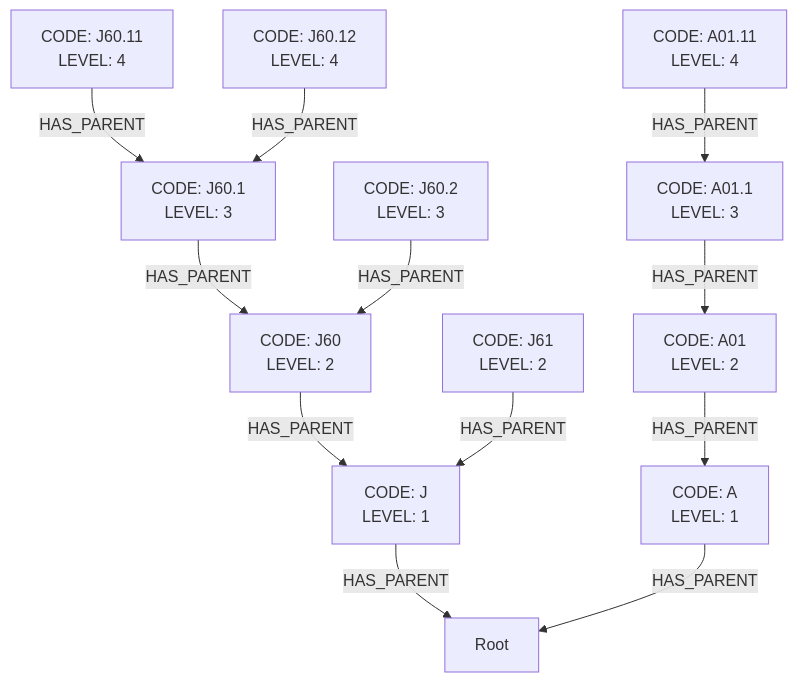
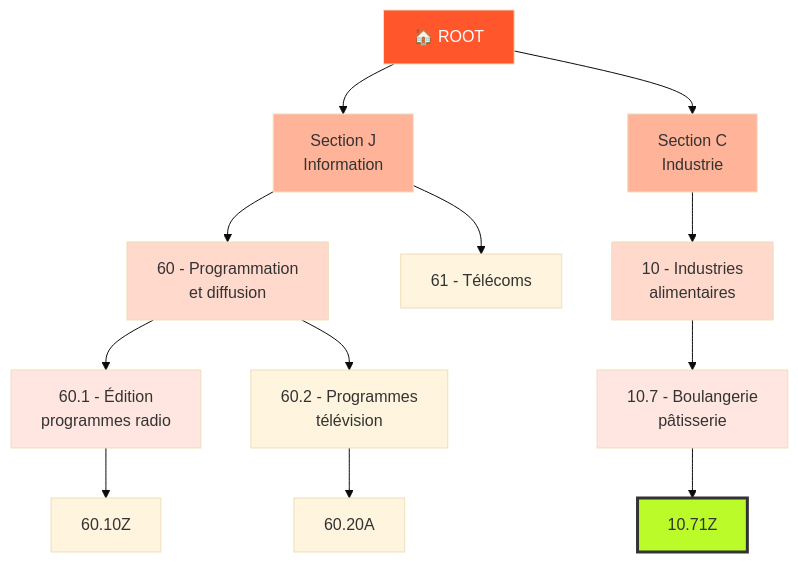
Before and after one commit to InseeFrLab/GRAAL: the third of 8 diagrams in src/presentation/template/template.qmd, drawn with Mermaid. The commit also changed other lines of this file, not shown here.

````diff
--- a/src/presentation/template/template.qmd
+++ b/src/presentation/template/template.qmd
@@ -173,40 +288,41 @@
 ```{mermaid}
+%%{init: {'theme':'base'}}%%
 graph TD
-  ROOT["Root"]
-
-  %% Sections
-  J["CODE: J<br/>LEVEL: 1"]
-  A["CODE: A<br/>LEVEL: 1"]
-
-  %% Divisions
-  J60["CODE: J60<br/>LEVEL: 2"]
-  J61["CODE: J61<br/>LEVEL: 2"]
-  A01["CODE: A01<br/>LEVEL: 2"]
-
-  %% Groupes
-  J60_1["CODE: J60.1<br/>LEVEL: 3"]
-  J60_2["CODE: J60.2<br/>LEVEL: 3"]
-  A01_1["CODE: A01.1<br/>LEVEL: 3"]
-
-  %% Classes
-  J60_11["CODE: J60.11<br/>LEVEL: 4"]
-  J60_12["CODE: J60.12<br/>LEVEL: 4"]
-  A01_11["CODE: A01.11<br/>LEVEL: 4"]
-
-  %% Relations HAS_PARENT
-  J -->|HAS_PARENT| ROOT
-  A -->|HAS_PARENT| ROOT
-
-  J60 -->|HAS_PARENT| J
-  J61 -->|HAS_PARENT| J
-  A01 -->|HAS_PARENT| A
-
-  J60_1 -->|HAS_PARENT| J60
-  J60_2 -->|HAS_PARENT| J60
-  A01_1 -->|HAS_PARENT| A01
-
-  J60_11 -->|HAS_PARENT| J60_1
-  J60_12 -->|HAS_PARENT| J60_1
-  A01_11 -->|HAS_PARENT| A01_1
-
+    ROOT["🏠 ROOT"]
+    
+    J["Section J<br/>Information"]
+    C["Section C<br/>Industrie"]
+    
+    J60["60 - Programmation<br/>et diffusion"]
+    J61["61 - Télécoms"]
+    C10["10 - Industries<br/>alimentaires"]
+    
+    J60_1["60.1 - Édition<br/>programmes radio"]
+    J60_2["60.2 - Programmes<br/>télévision"]
+    C10_7["10.7 - Boulangerie<br/>pâtisserie"]
+    
+    J60_10["60.10Z"]
+    J60_20["60.20A"]
+    C10_71["10.71Z"]
+    
+    ROOT --> J
+    ROOT --> C
+    J --> J60
+    J --> J61
+    C --> C10
+    J60 --> J60_1
+    J60 --> J60_2
+    C10 --> C10_7
+    J60_1 --> J60_10
+    J60_2 --> J60_20
+    C10_7 --> C10_71
+    
+    style ROOT fill:#ff562c,color:#fff
+    style J fill:#ffb399
+    style C fill:#ffb399
+    style J60 fill:#ffd9cc
+    style C10 fill:#ffd9cc
+    style J60_1 fill:#ffe6e0
+    style C10_7 fill:#ffe6e0
+    style C10_71 fill:#bafb29,stroke:#333,stroke-width:3px
 ```
````
